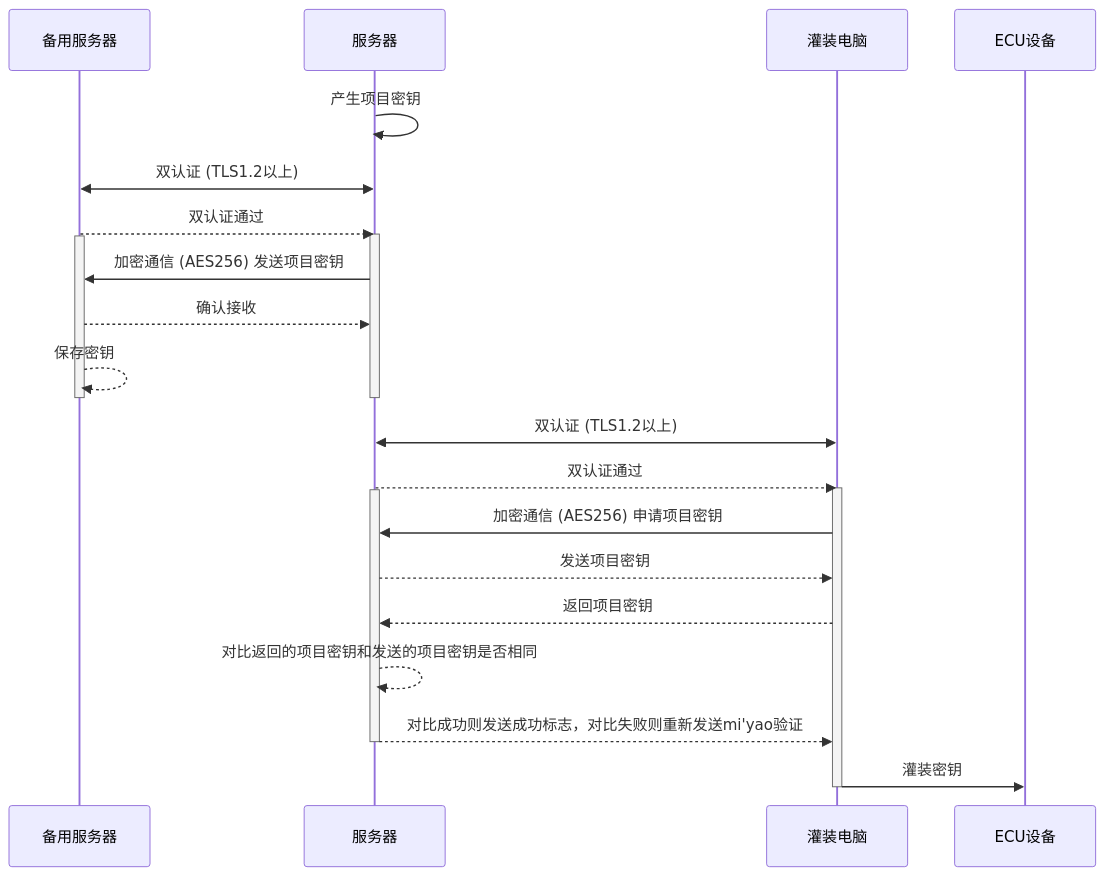
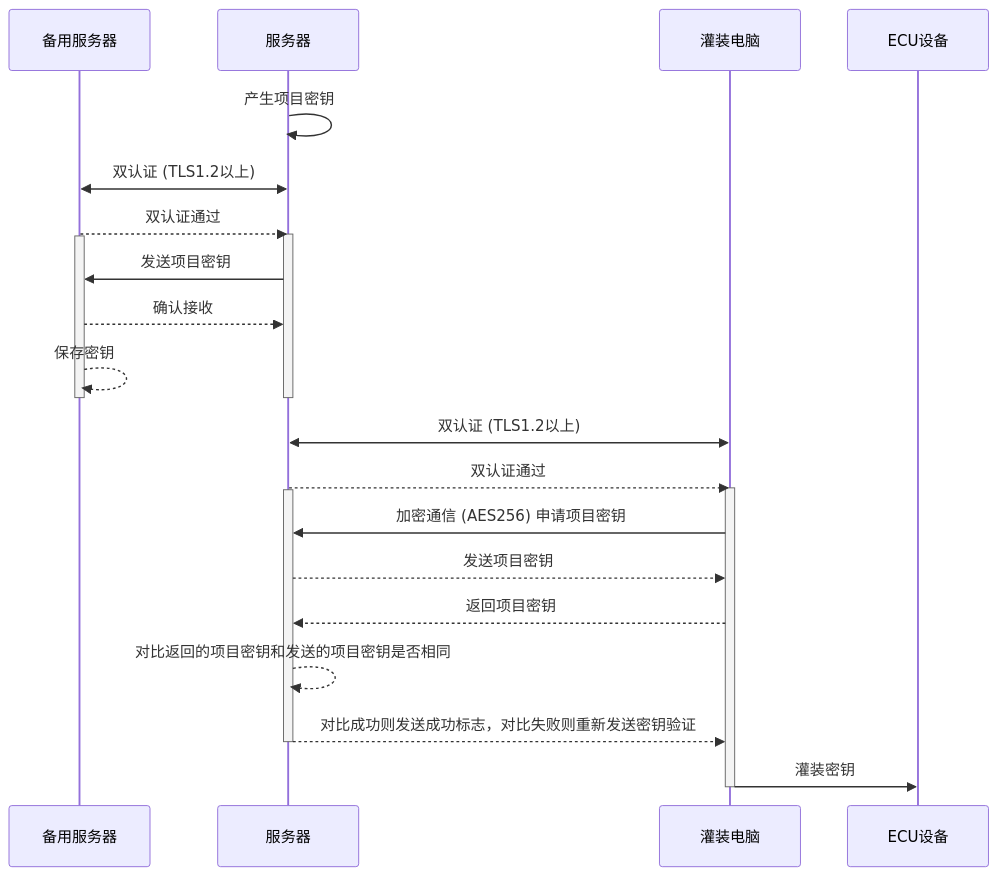
One commit to facebook-cloud/iodraw-files changed the diagram in all/未命名-10.md. Above: the diagram before and after it, drawn with Mermaid.

Commit message:
2026-01-15 11:24:52 update

````diff
--- a/all/未命名-10.md
+++ b/all/未命名-10.md
@@ -1,32 +1,32 @@
 ```mermaid
 sequenceDiagram
     participant B as 备用服务器
     participant A as 服务器
     participant C as 灌装电脑
     participant D as ECU设备
 
     A->>A: 产生项目密钥
     A<<->>B: 双认证 (TLS1.2以上)
     B-->>A: 双认证通过
     activate A
     activate B
-    A->>B: 加密通信 (AES256) 发送项目密钥
+    A->>B: 发送项目密钥
     B-->>A: 确认接收
     B-->>B: 保存密钥
     deactivate B
     deactivate A
 
     C<<->>A: 双认证 (TLS1.2以上)
     A-->>C: 双认证通过
     activate C
     activate A
     C->>A: 加密通信 (AES256) 申请项目密钥
     A-->>C: 发送项目密钥
     C-->>A: 返回项目密钥
     A-->>A: 对比返回的项目密钥和发送的项目密钥是否相同
-    A-->>C: 对比成功则发送成功标志，对比失败则重新发送mi'yao验证
+    A-->>C: 对比成功则发送成功标志，对比失败则重新发送密钥验证
     deactivate A
     C->>D: 灌装密钥
     deactivate C
 
 ```
````
